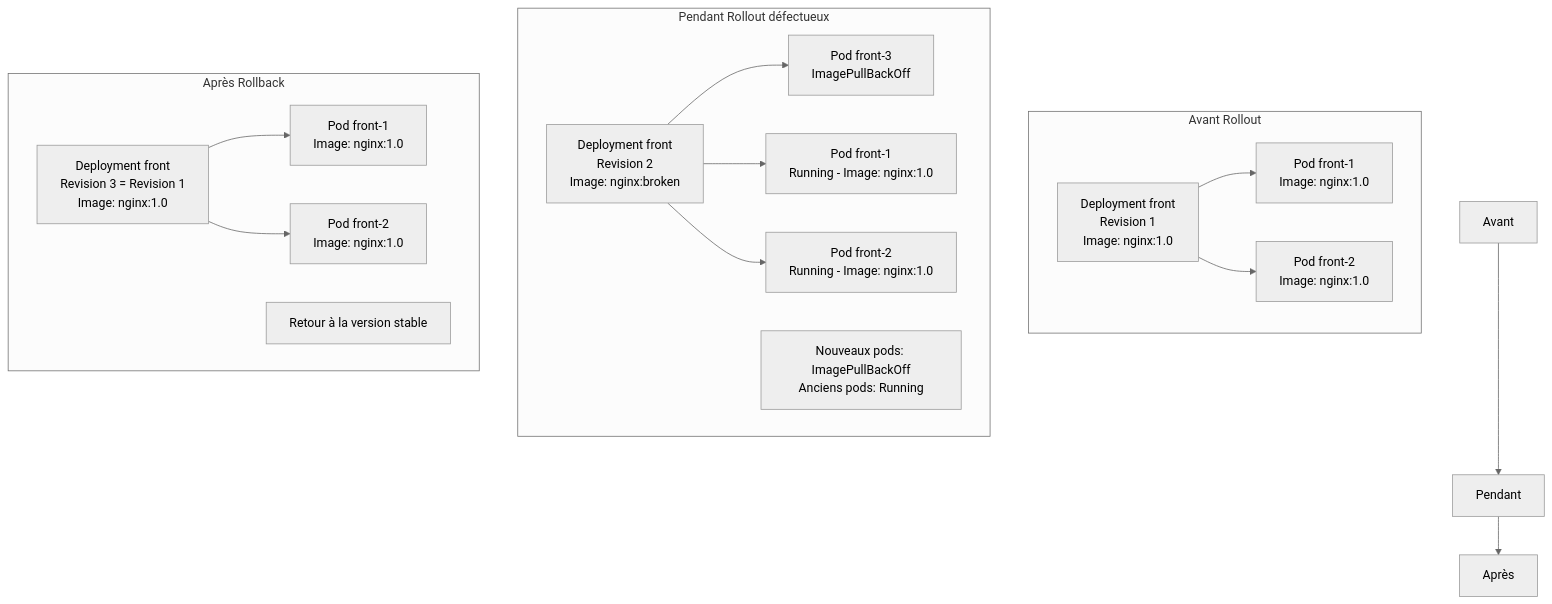
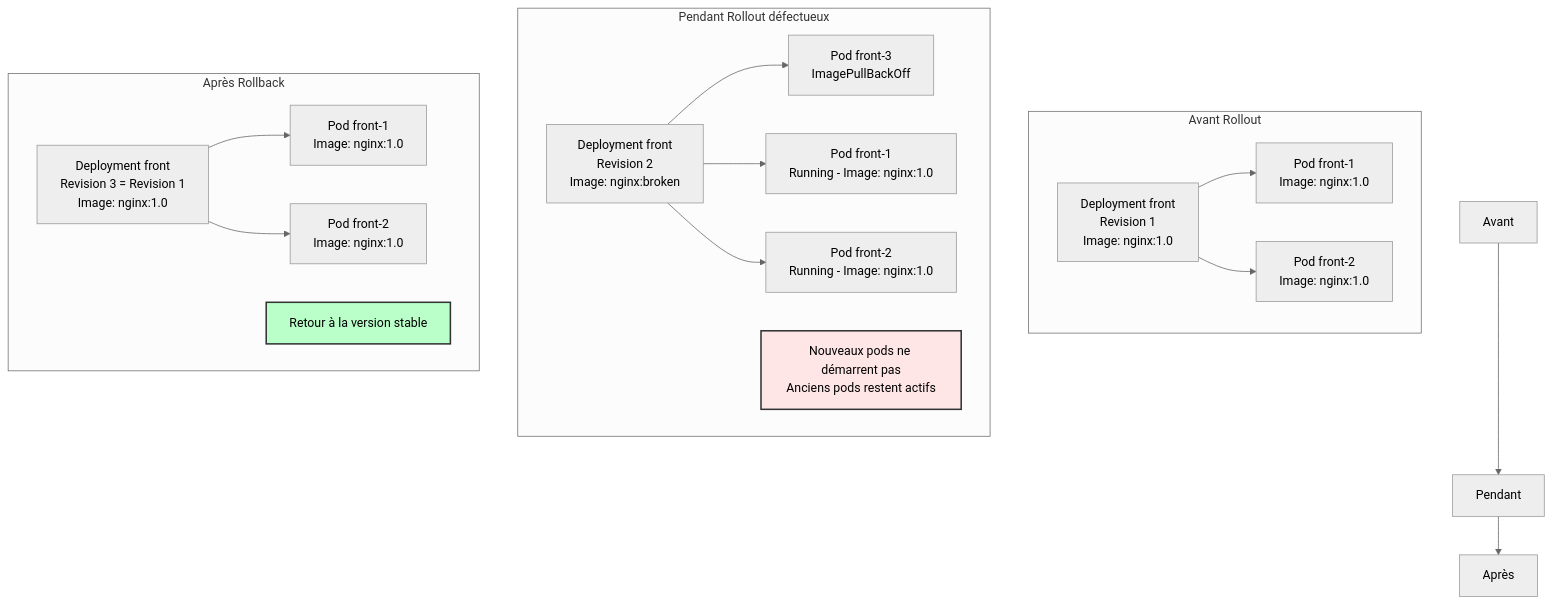
The eighth of 9 diagrams in ARCHITECTURE.md (MPFabio/S4-Ingress-TLS-Config-Secrets), drawn with Mermaid (neutral theme) before and after one commit. The commit also changed other lines of this file and 1 other file, not shown here.

Commit message:
Improve diagram readability with lighter colors

````diff
--- a/ARCHITECTURE.md
+++ b/ARCHITECTURE.md
@@ -237,33 +269,36 @@
 ```mermaid
 flowchart TB
     subgraph Avant Rollout
         D1[Deployment front<br/>Revision 1<br/>Image: nginx:1.0]
         P1[Pod front-1<br/>Image: nginx:1.0]
         P2[Pod front-2<br/>Image: nginx:1.0]
         D1 --> P1
         D1 --> P2
     end
     
     subgraph Pendant Rollout défectueux
         D2[Deployment front<br/>Revision 2<br/>Image: nginx:broken]
         P3[Pod front-3<br/>ImagePullBackOff]
         P4[Pod front-1<br/>Running - Image: nginx:1.0]
         P5[Pod front-2<br/>Running - Image: nginx:1.0]
         D2 --> P3
         D2 --> P4
         D2 --> P5
-        Note1[Nouveaux pods: ImagePullBackOff<br/>Anciens pods: Running]
+        Note1[Nouveaux pods ne démarrent pas<br/>Anciens pods restent actifs]
     end
     
     subgraph Après Rollback
         D3[Deployment front<br/>Revision 3 = Revision 1<br/>Image: nginx:1.0]
         P6[Pod front-1<br/>Image: nginx:1.0]
         P7[Pod front-2<br/>Image: nginx:1.0]
         D3 --> P6
         D3 --> P7
         Note2[Retour à la version stable]
     end
     
     Avant --> Pendant
     Pendant --> Après
+    
+    style Note1 fill:#ffe6e6,stroke:#333,stroke-width:2px,color:#000
+    style Note2 fill:#baffc9,stroke:#333,stroke-width:2px,color:#000
 ```
````
